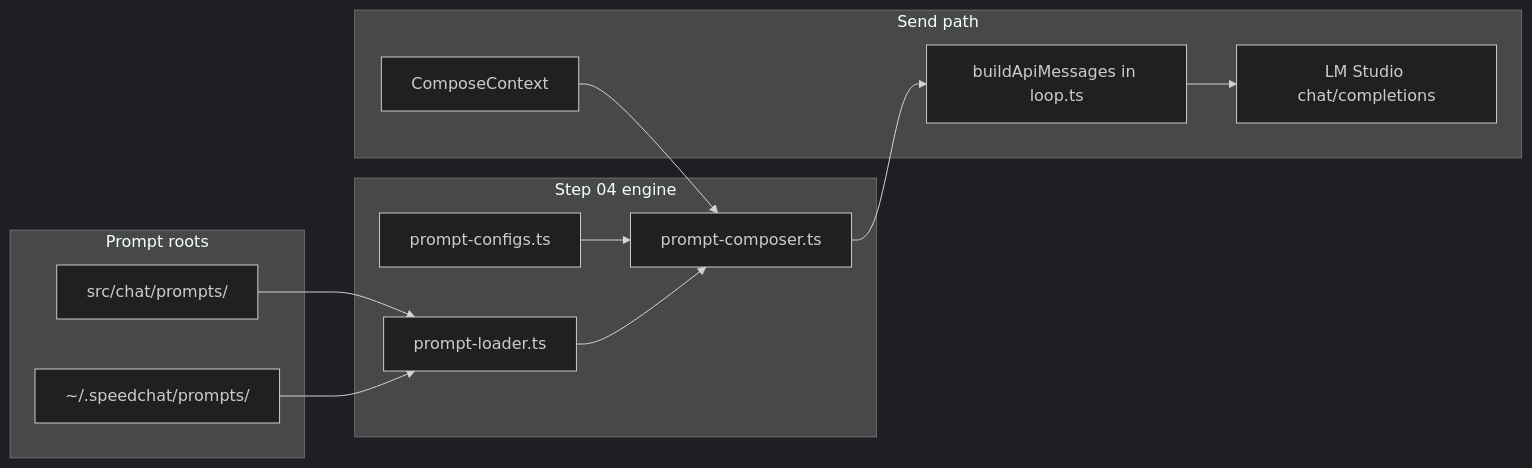
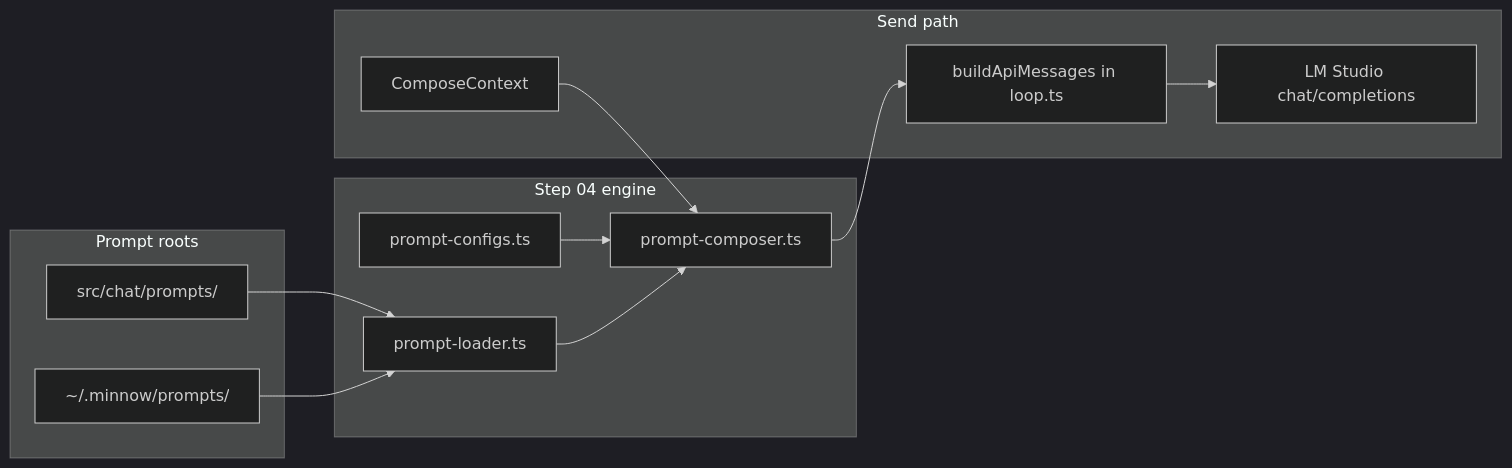
One commit to DukkyGames/Minnow changed the diagram in documentation/plans/Build out/step-04-programmatic-prompts.md. Above: the diagram before and after it, drawn with Mermaid (dark theme). The commit also changed other lines of this file and 204 other files, not shown here.

````diff
--- a/documentation/plans/Build out/step-04-programmatic-prompts.md
+++ b/documentation/plans/Build out/step-04-programmatic-prompts.md
@@ -55,24 +55,24 @@
 ```mermaid
 flowchart LR
   subgraph roots [Prompt roots]
     SRC[src/chat/prompts/]
-    USR[~/.speedchat/prompts/]
+    USR[~/.minnow/prompts/]
   end
   subgraph engine [Step 04 engine]
     LOAD[prompt-loader.ts]
     COMP[prompt-composer.ts]
     CFG[prompt-configs.ts]
   end
   subgraph runtime [Send path]
     CTX[ComposeContext]
     LOOP[buildApiMessages in loop.ts]
     API[LM Studio chat/completions]
   end
   SRC --> LOAD
   USR --> LOAD
   CFG --> COMP
   LOAD --> COMP
   CTX --> COMP
   COMP --> LOOP
   LOOP --> API
 ```
````
